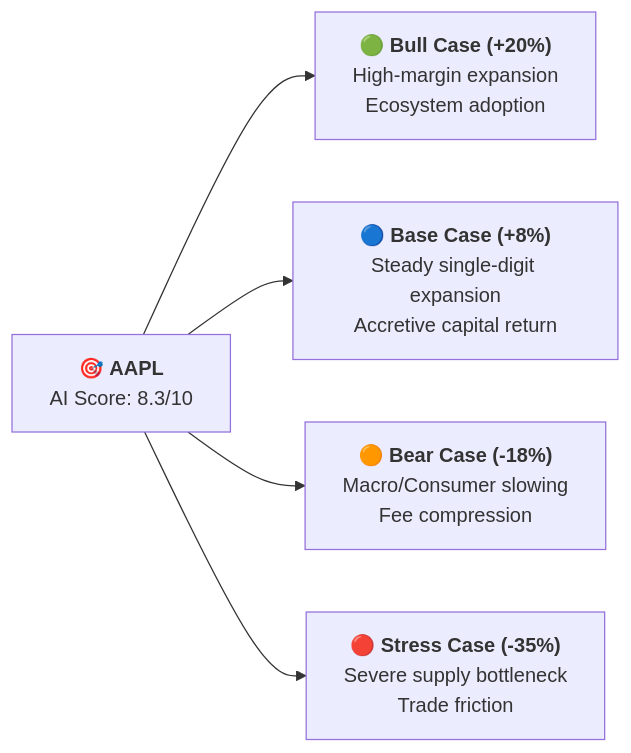
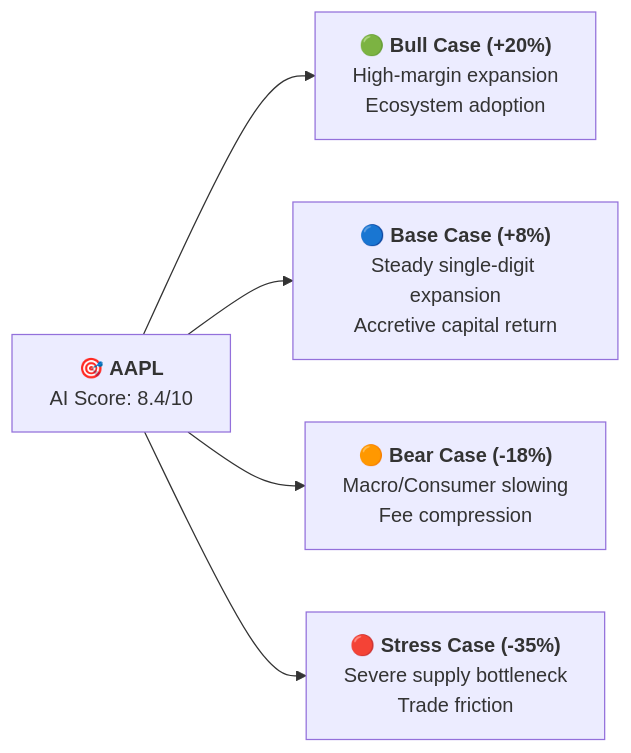
The first of 2 diagrams in research/AAPL/README.md (drmohammadzadeh/StockMarketAnalyzer), drawn with Mermaid before and after one commit. The commit also changed other lines of this file and 17 other files, not shown here.

Commit message:
feat(charts): integrate GuruFocus radar score chart and TradingView technical speedometer gauges into AAPL research reports

````diff
--- a/research/AAPL/README.md
+++ b/research/AAPL/README.md
@@ -44,7 +56,7 @@
 ```mermaid
 graph LR
-    A["🎯 <b>AAPL</b><br/>AI Score: 8.3/10"] --> B["🟢 <b>Bull Case (+20%)</b><br/>High-margin expansion<br/>Ecosystem adoption"]
+    A["🎯 <b>AAPL</b><br/>AI Score: 8.4/10"] --> B["🟢 <b>Bull Case (+20%)</b><br/>High-margin expansion<br/>Ecosystem adoption"]
     A --> C["🔵 <b>Base Case (+8%)</b><br/>Steady single-digit expansion<br/>Accretive capital return"]
     A --> D["🟠 <b>Bear Case (-18%)</b><br/>Macro/Consumer slowing<br/>Fee compression"]
     A --> E["🔴 <b>Stress Case (-35%)</b><br/>Severe supply bottleneck<br/>Trade friction"]
 ```
````
